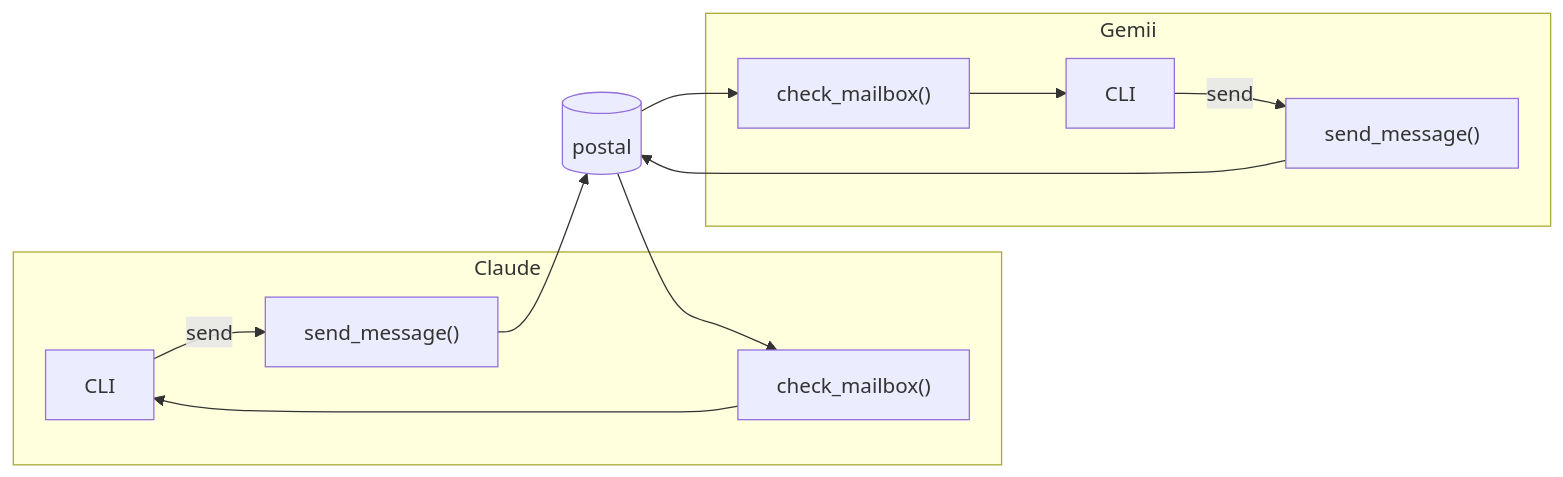
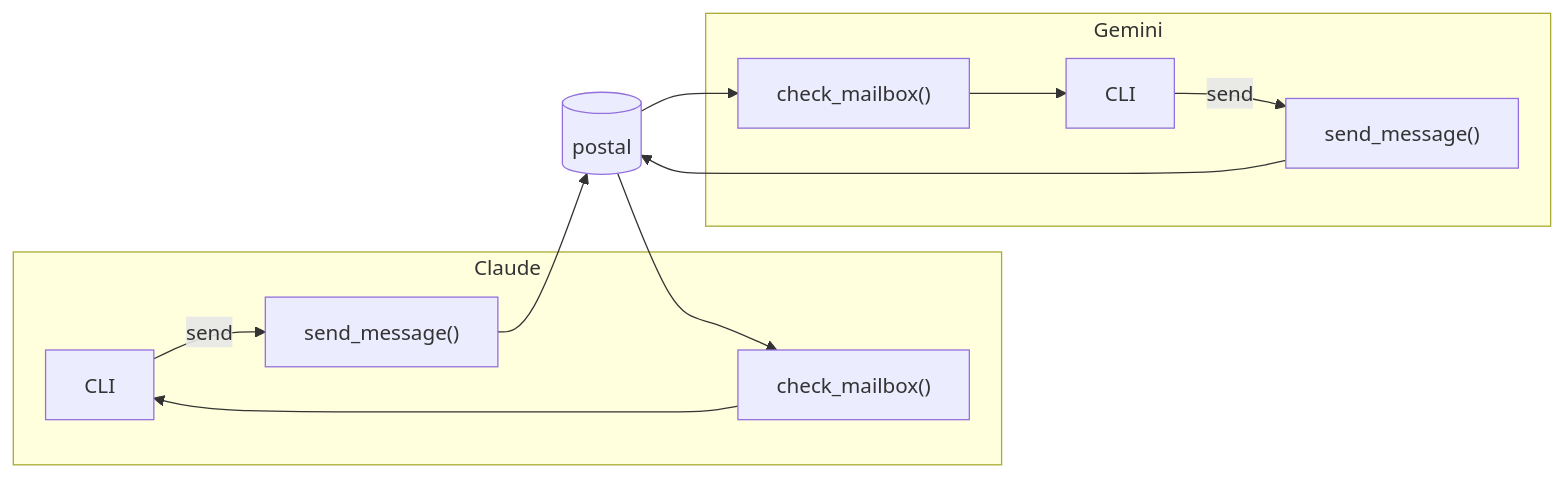
One commit to tkellogg/postal-mcp changed the diagram in README.md. Above: the diagram before and after it, drawn with Mermaid. The commit also changed other lines of this file, not shown here.

````diff
--- a/README.md
+++ b/README.md
@@ -6,14 +15,14 @@
 ```mermaid
 graph LR
 subgraph Claude
     ccli[CLI]--send-->csm["send_message()"]
     crec["check_mailbox()"]
 end
-subgraph Gemii
+subgraph Gemini
     gcli[CLI]--send-->gsm["send_message()"]
     grec["check_mailbox()"]
 end
 postal[(postal)]
 csm-->postal-->crec-->ccli
 gsm-->postal-->grec-->gcli
 ```
````
